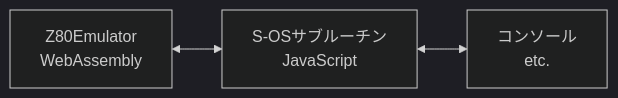
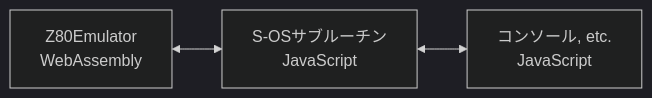
Before and after one commit to W88DodPECuThLOl/SOS_SWORDforWeb: the diagram in README.md, drawn with Mermaid (dark theme). The commit also changed other lines of this file, not shown here.

````diff
--- a/README.md
+++ b/README.md
@@ -6,5 +6,5 @@
 ```mermaid
 graph LR;
-    Z80Emulator\nWebAssembly<-->S-OSサブルーチン\nJavaScript;
-    S-OSサブルーチン\nJavaScript<-->コンソール\netc.;
+    Z80Emu[Z80Emulator<br/>WebAssembly] <--> Sub[S-OSサブルーチン<br/>JavaScript];
+    Sub <--> Con[コンソール, etc.<br/>JavaScript];
 ```
````
